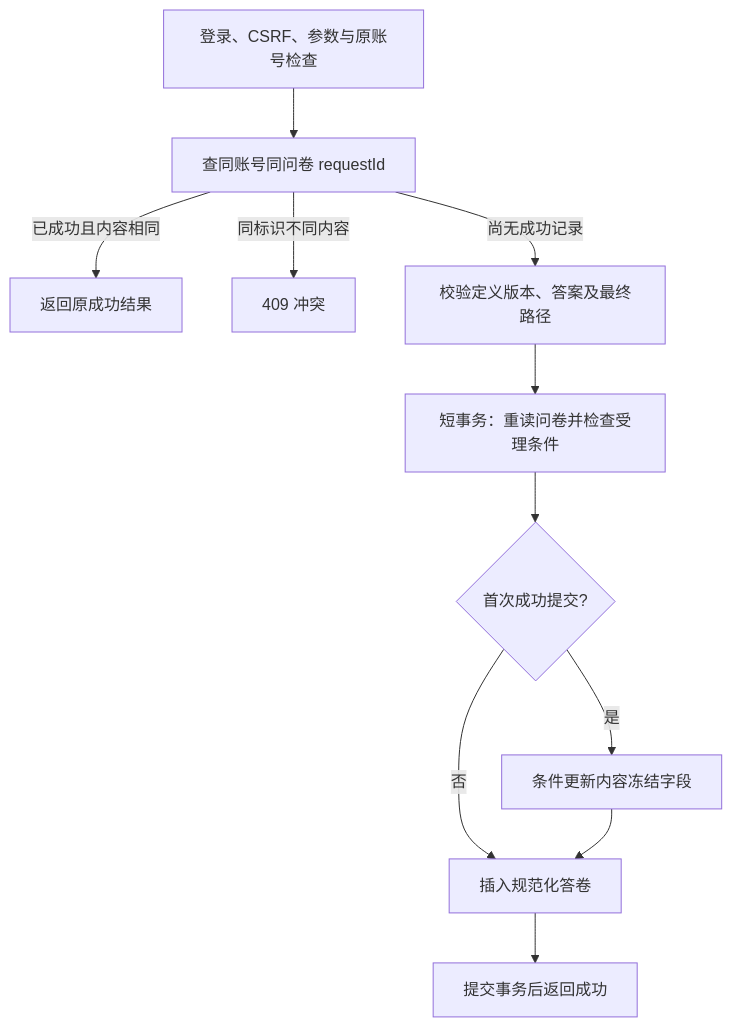
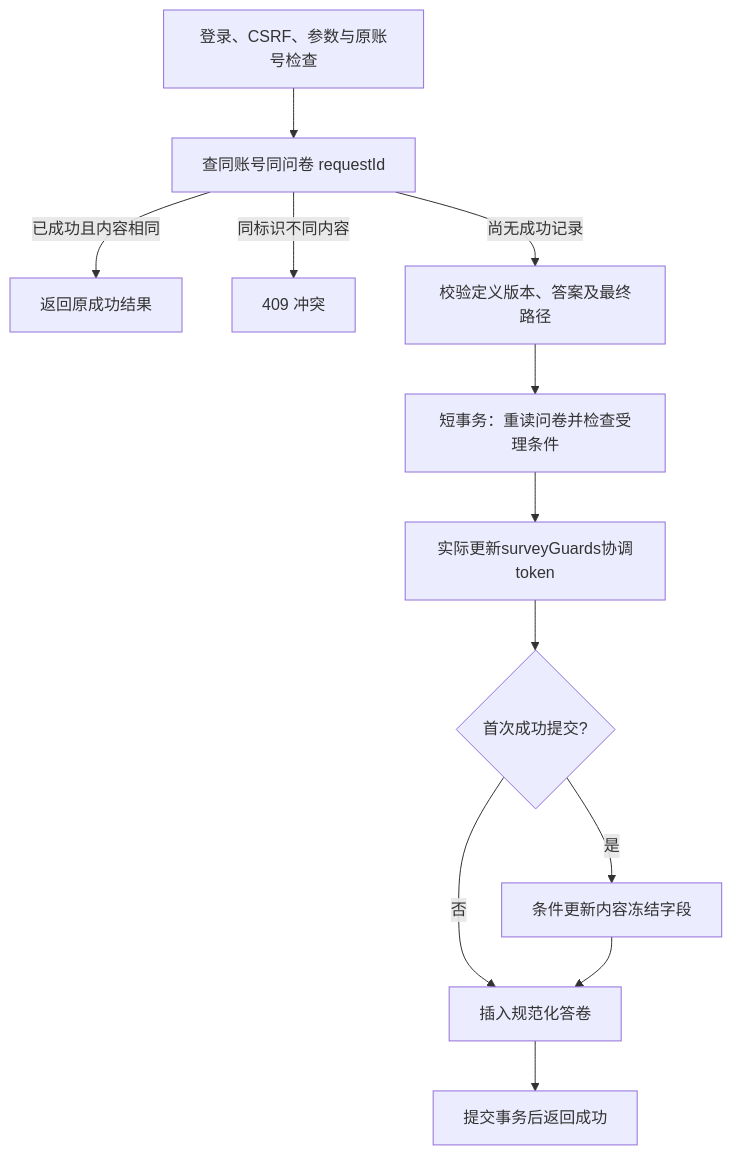
The second of 2 diagrams in docs/design.md (ShrHang/DB_LEARNING), drawn with Mermaid before and after one commit. The commit also changed other lines of this file and 30 other files, not shown here.

````diff
--- a/docs/design.md
+++ b/docs/design.md
@@ -129,13 +129,14 @@
 ```mermaid
 flowchart TD
   A[登录、CSRF、参数与原账号检查] --> B[查同账号同问卷 requestId]
   B -->|已成功且内容相同| R[返回原成功结果]
   B -->|同标识不同内容| X[409 冲突]
   B -->|尚无成功记录| C[校验定义版本、答案及最终路径]
   C --> D[短事务：重读问卷并检查受理条件]
-  D --> E{首次成功提交?}
+  D --> J[实际更新surveyGuards协调token]
+  J --> E{首次成功提交?}
   E -->|是| F[条件更新内容冻结字段]
   E -->|否| G[插入规范化答卷]
   F --> G
   G --> H[提交事务后返回成功]
 ```
````
